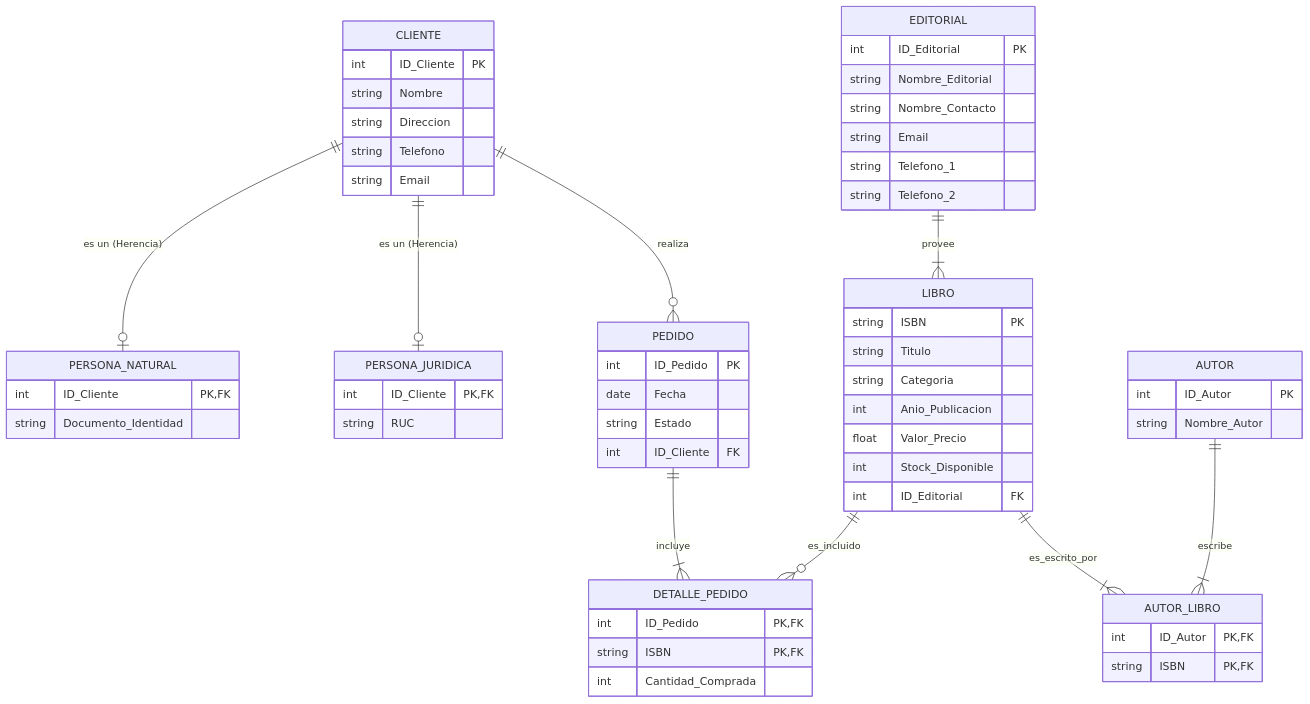
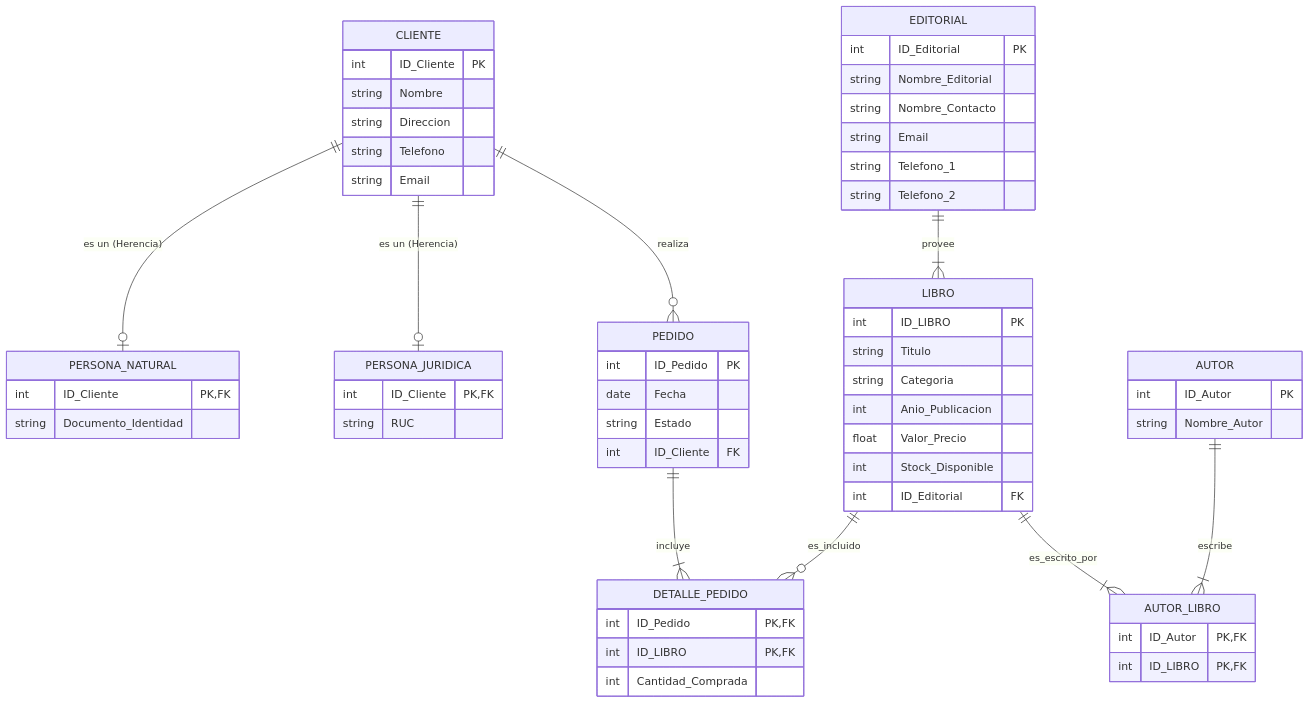
The diagram in README.md (ShoveX1/Dise-o-Conceptual-DB), drawn with Mermaid before and after one commit.

````diff
--- a/README.md
+++ b/README.md
@@ -31,7 +31,7 @@
     }
 
     LIBRO {
-        string ISBN PK
+        int ID_LIBRO PK
         string Titulo
         string Categoria
         int Anio_Publicacion
@@ -74,7 +74,7 @@
     
     DETALLE_PEDIDO {
         int ID_Pedido PK, FK
-        string ISBN PK, FK
+        int ID_LIBRO PK, FK
         int Cantidad_Comprada
     }
 
@@ -84,6 +84,6 @@
 
     AUTOR_LIBRO {
         int ID_Autor PK, FK
-        string ISBN PK, FK
+        int ID_LIBRO PK, FK
     }
 ```
````
